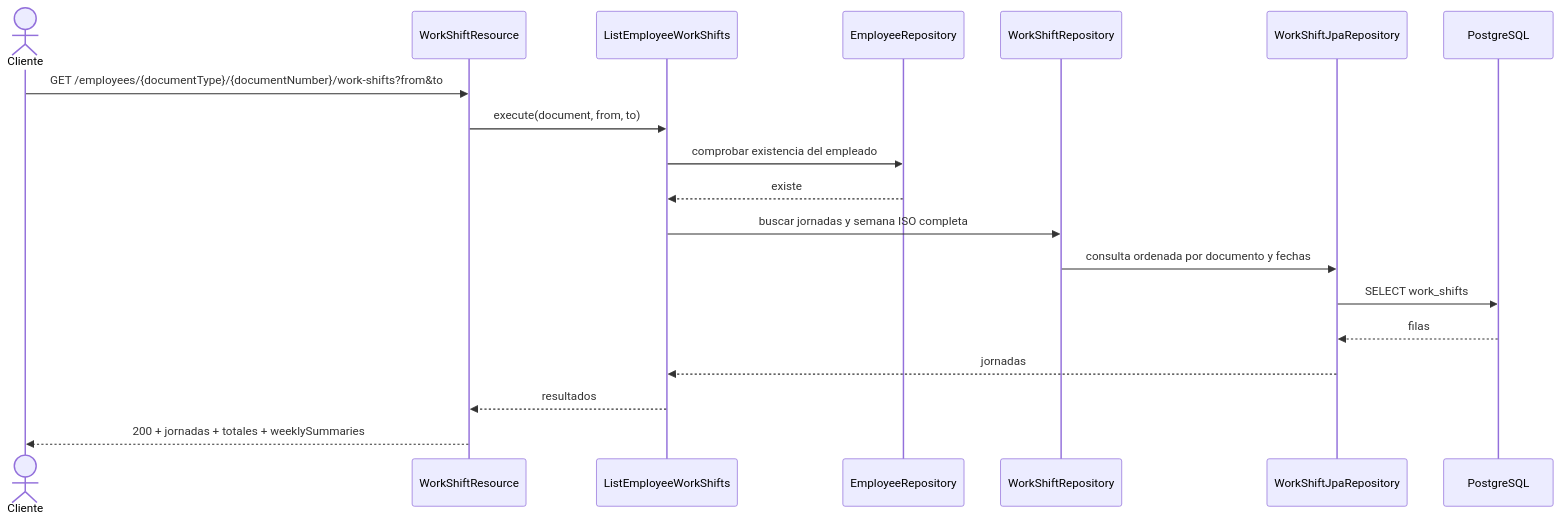
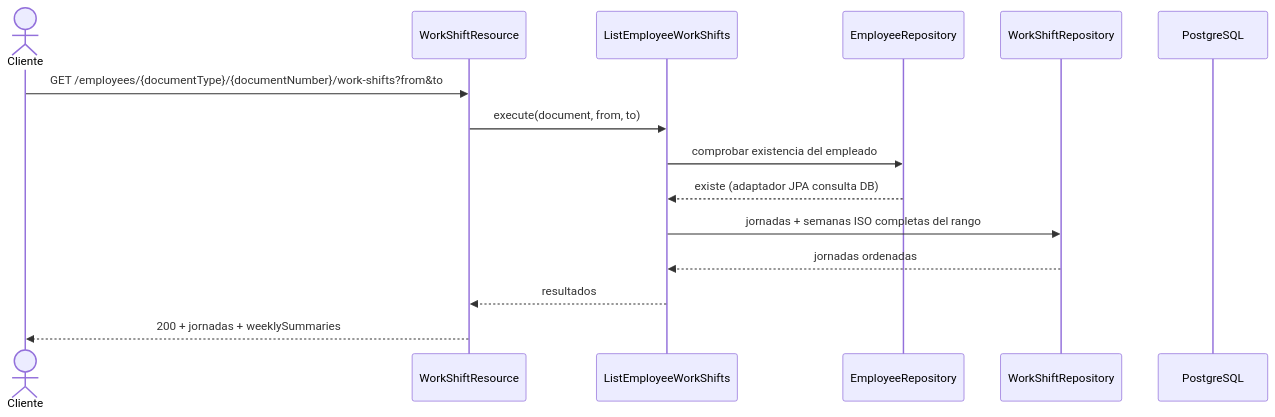
The third of 4 diagrams in employees-api/README.md (rcardenasv/JornadasLaborales), drawn with Mermaid before and after one commit. The commit also changed other lines of this file, not shown here.

````diff
--- a/employees-api/README.md
+++ b/employees-api/README.md
@@ -283,21 +258,17 @@
 ```mermaid
 sequenceDiagram
     actor Cliente
     participant REST as WorkShiftResource
     participant UC as ListEmployeeWorkShifts
     participant ER as EmployeeRepository
     participant WR as WorkShiftRepository
-    participant JPA as WorkShiftJpaRepository
     participant DB as PostgreSQL
     Cliente->>REST: GET /employees/{documentType}/{documentNumber}/work-shifts?from&to
     REST->>UC: execute(document, from, to)
     UC->>ER: comprobar existencia del empleado
-    ER-->>UC: existe
-    UC->>WR: buscar jornadas y semana ISO completa
-    WR->>JPA: consulta ordenada por documento y fechas
-    JPA->>DB: SELECT work_shifts
-    DB-->>JPA: filas
-    JPA-->>UC: jornadas
+    ER-->>UC: existe (adaptador JPA consulta DB)
+    UC->>WR: jornadas + semanas ISO completas del rango
+    WR-->>UC: jornadas ordenadas
     UC-->>REST: resultados
-    REST-->>Cliente: 200 + jornadas + totales + weeklySummaries
+    REST-->>Cliente: 200 + jornadas + weeklySummaries
 ```
````
